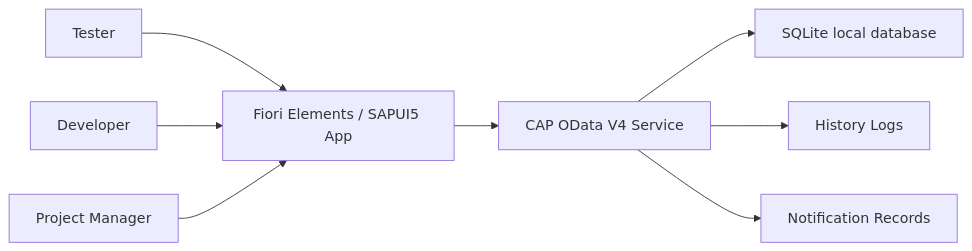
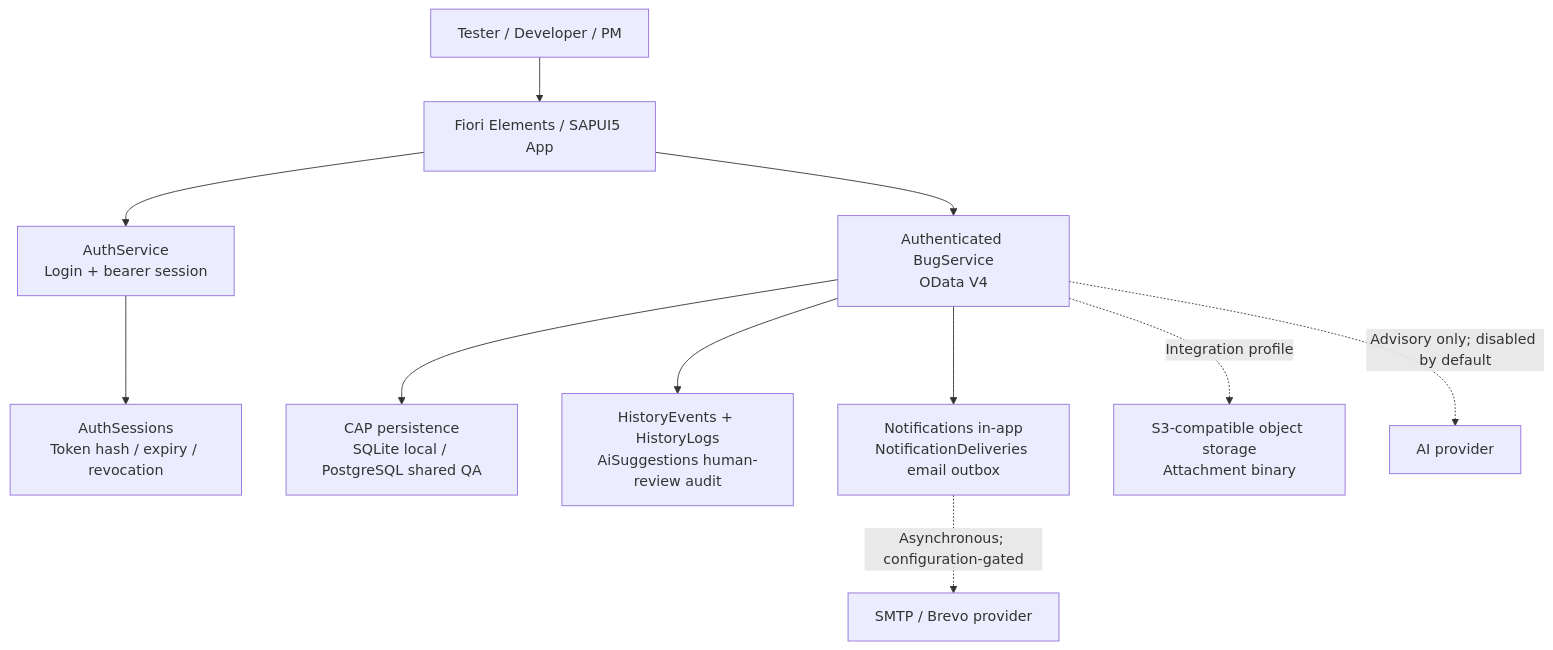
One commit to DarwinDO/IDTS-SAP01 changed the diagram in docs/diagrams/07-srs-system-context.md. Above: the diagram before and after it, drawn with Mermaid. The commit also changed other lines of this file and 124 other files, not shown here.

````diff
--- a/docs/diagrams/07-srs-system-context.md
+++ b/docs/diagrams/07-srs-system-context.md
@@ -7,10 +7,13 @@
 ```mermaid
-flowchart LR
-    Tester["Tester"] --> Fiori["Fiori Elements / SAPUI5 App"]
-    Developer["Developer"] --> Fiori
-    PM["Project Manager"] --> Fiori
-    Fiori --> OData["CAP OData V4 Service"]
-    OData --> DB["SQLite local database"]
-    OData --> Logs["History Logs"]
-    OData --> Notif["Notification Records"]
+flowchart TB
+    Users["Tester / Developer / PM"] --> Fiori["Fiori Elements / SAPUI5 App"]
+    Fiori --> Auth["AuthService\nLogin + bearer session"]
+    Fiori --> OData["Authenticated BugService\nOData V4"]
+    Auth --> Sessions["AuthSessions\nToken hash / expiry / revocation"]
+    OData --> DB["CAP persistence\nSQLite local / PostgreSQL shared QA"]
+    OData --> Audit["HistoryEvents + HistoryLogs\nAiSuggestions human-review audit"]
+    OData --> Notif["Notifications in-app\nNotificationDeliveries email outbox"]
+    OData -. "Integration profile" .-> Storage["S3-compatible object storage\nAttachment binary"]
+    Notif -. "Asynchronous; configuration-gated" .-> Email["SMTP / Brevo provider"]
+    OData -. "Advisory only; disabled by default" .-> AI["AI provider"]
 ```
````
